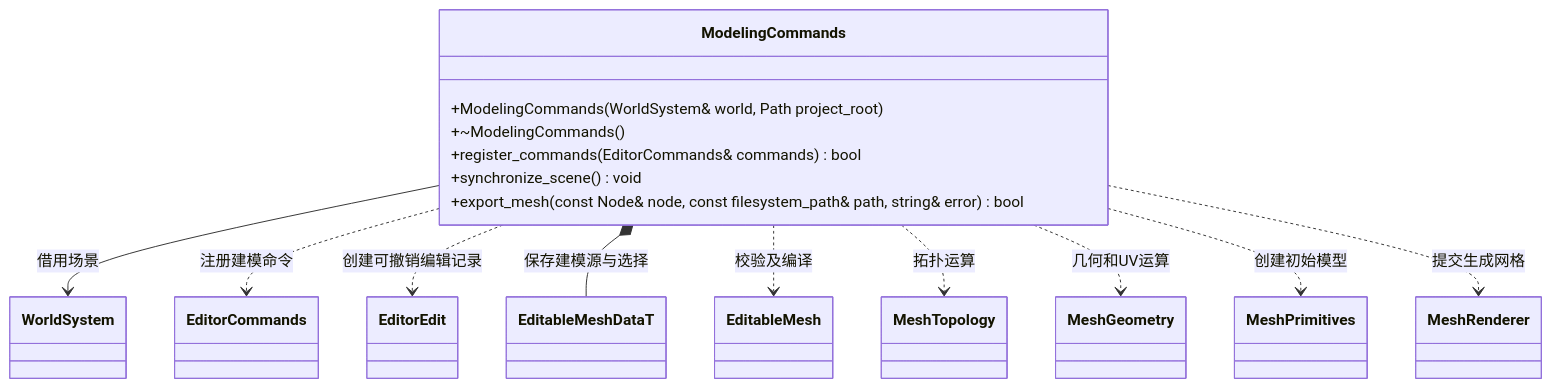
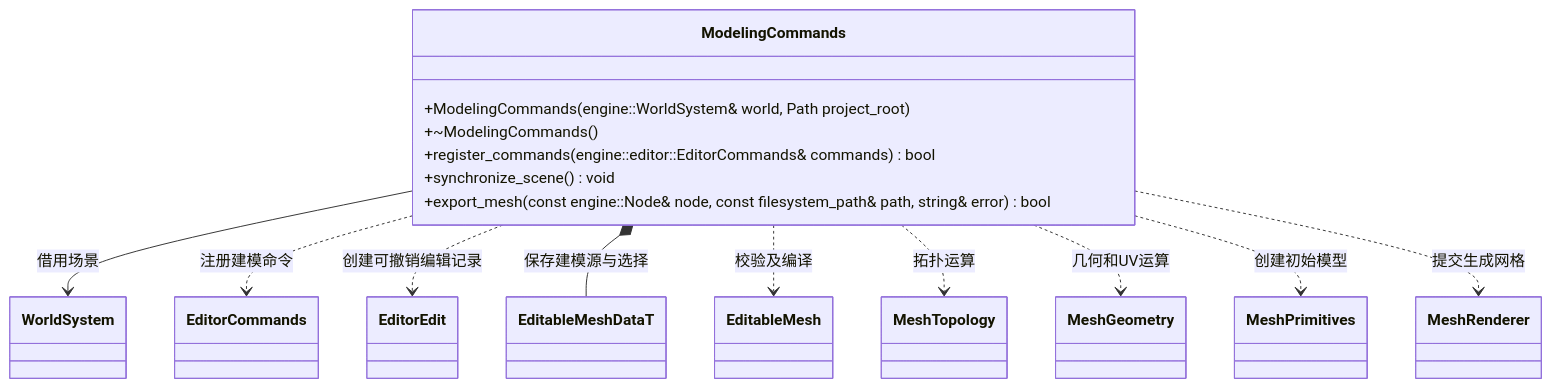
The diagram in docs/plugins/editor/class-diagrams/modeling-commands.md (lcals/Engine), drawn with Mermaid before and after one commit. The commit also changed other lines of this file and 199 other files, not shown here.

````diff
--- a/docs/plugins/editor/class-diagrams/modeling-commands.md
+++ b/docs/plugins/editor/class-diagrams/modeling-commands.md
@@ -8,28 +10,28 @@
 ```mermaid
 classDiagram
     class ModelingCommands {
-        +ModelingCommands(WorldSystem& world, Path project_root)
+        +ModelingCommands(engine::WorldSystem& world, Path project_root)
         +~ModelingCommands()
-        +register_commands(EditorCommands& commands) bool
+        +register_commands(engine::editor::EditorCommands& commands) bool
         +synchronize_scene() void
-        +export_mesh(const Node& node, const filesystem_path& path, string& error) bool
+        +export_mesh(const engine::Node& node, const filesystem_path& path, string& error) bool
     }
     class WorldSystem
     class EditorCommands
     class EditorEdit
     class EditableMesh
     class MeshTopology
     class MeshGeometry
     class MeshPrimitives
     class MeshRenderer
     class EditableMeshDataT
     ModelingCommands --> WorldSystem : 借用场景
     ModelingCommands ..> EditorCommands : 注册建模命令
     ModelingCommands ..> EditorEdit : 创建可撤销编辑记录
     ModelingCommands *-- EditableMeshDataT : 保存建模源与选择
     ModelingCommands ..> EditableMesh : 校验及编译
     ModelingCommands ..> MeshTopology : 拓扑运算
     ModelingCommands ..> MeshGeometry : 几何和UV运算
     ModelingCommands ..> MeshPrimitives : 创建初始模型
     ModelingCommands ..> MeshRenderer : 提交生成网格
 ```
````
